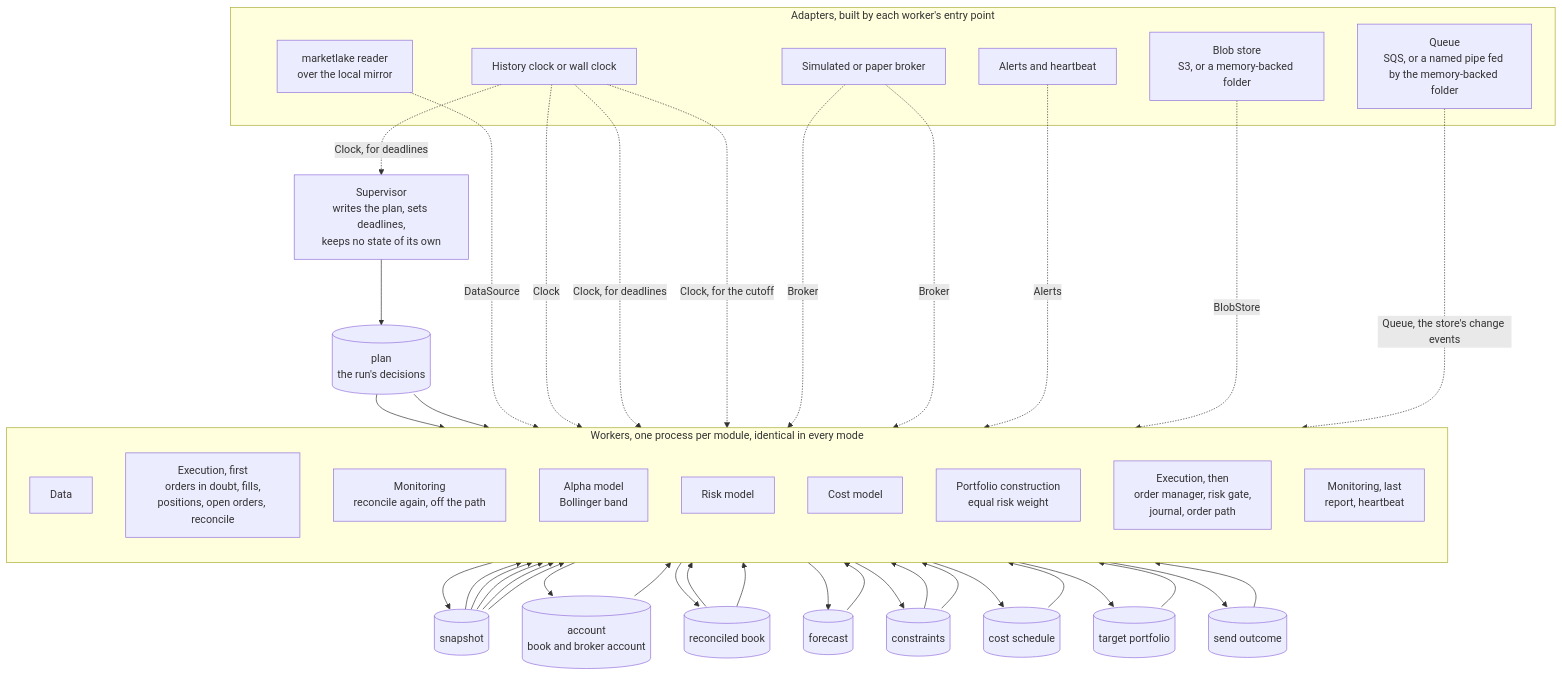
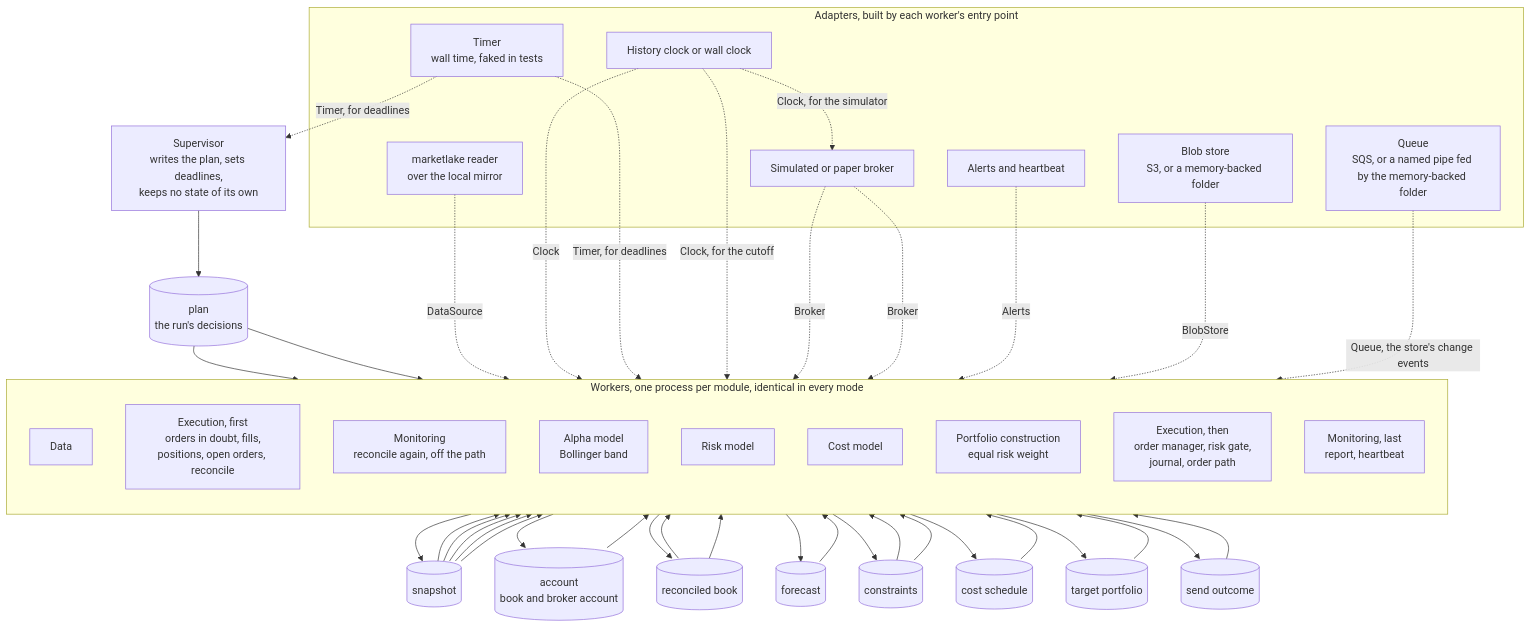
The ninth of 25 diagrams in docs/architecture.md (l3a0/ithildin-runtime), drawn with Mermaid before and after one commit. The commit also changed other lines of this file and 3 other files, not shown here.

````diff
--- a/docs/architecture.md
+++ b/docs/architecture.md
@@ -473,67 +470,69 @@
 ```mermaid
 flowchart TB
     sup["Supervisor<br/>writes the plan, sets deadlines,<br/>keeps no state of its own"]
     plan[("plan<br/>the run's decisions")]
     sup --> plan
 
     subgraph workers["Workers, one process per module, identical in every mode"]
         direction TB
         data["Data"]
         exec_recover["Execution, first<br/>orders in doubt, fills,<br/>positions, open orders, reconcile"]
         mon_recon["Monitoring<br/>reconcile again, off the path"]
         alpha["Alpha model<br/>Bollinger band"]
         risk["Risk model"]
         cost["Cost model"]
         pc["Portfolio construction<br/>equal risk weight"]
         exec_send["Execution, then<br/>order manager, risk gate,<br/>journal, order path"]
         mon_report["Monitoring, last<br/>report, heartbeat"]
     end
 
     snap[("snapshot")]
     acct[("account<br/>book and broker account")]
     book[("reconciled book")]
     fc[("forecast")]
     cons[("constraints")]
     sched[("cost schedule")]
     target[("target portfolio")]
     outcome[("send outcome")]
 
     plan --> data
     plan --> exec_recover
     snap --> exec_recover
     data --> snap
     exec_recover --> acct --> mon_recon
     exec_recover --> book
     snap --> alpha --> fc
     snap --> risk
     book --> risk --> cons
     snap --> cost --> sched
     fc --> pc
     cons --> pc
     sched --> pc
     book --> pc --> target
     target --> exec_send
     cons --> exec_send
     snap --> exec_send
     exec_send --> outcome --> mon_report
 
     subgraph adapters["Adapters, built by each worker's entry point"]
         lakesrc["marketlake reader<br/>over the local mirror"]
         clock["History clock or wall clock"]
+        timer["Timer<br/>wall time, faked in tests"]
         broker["Simulated or paper broker"]
         store["Blob store<br/>S3, or a memory-backed folder"]
         alertsink["Alerts and heartbeat"]
         queue["Queue<br/>SQS, or a named pipe fed by the memory-backed folder"]
     end
 
     lakesrc -. "DataSource" .-> data
     clock -. "Clock" .-> data
-        clock -. "Clock, for deadlines" .-> sup
-    clock -. "Clock, for deadlines" .-> mon_report
+    timer -. "Timer, for deadlines" .-> sup
+    timer -. "Timer, for deadlines" .-> mon_report
     clock -. "Clock, for the cutoff" .-> exec_send
+    clock -. "Clock, for the simulator" .-> broker
     broker -. "Broker" .-> exec_recover
     broker -. "Broker" .-> exec_send
     store -. "BlobStore" .-> workers
     alertsink -. "Alerts" .-> mon_report
         queue -. "Queue, the store's change events" .-> workers
 ```
````
